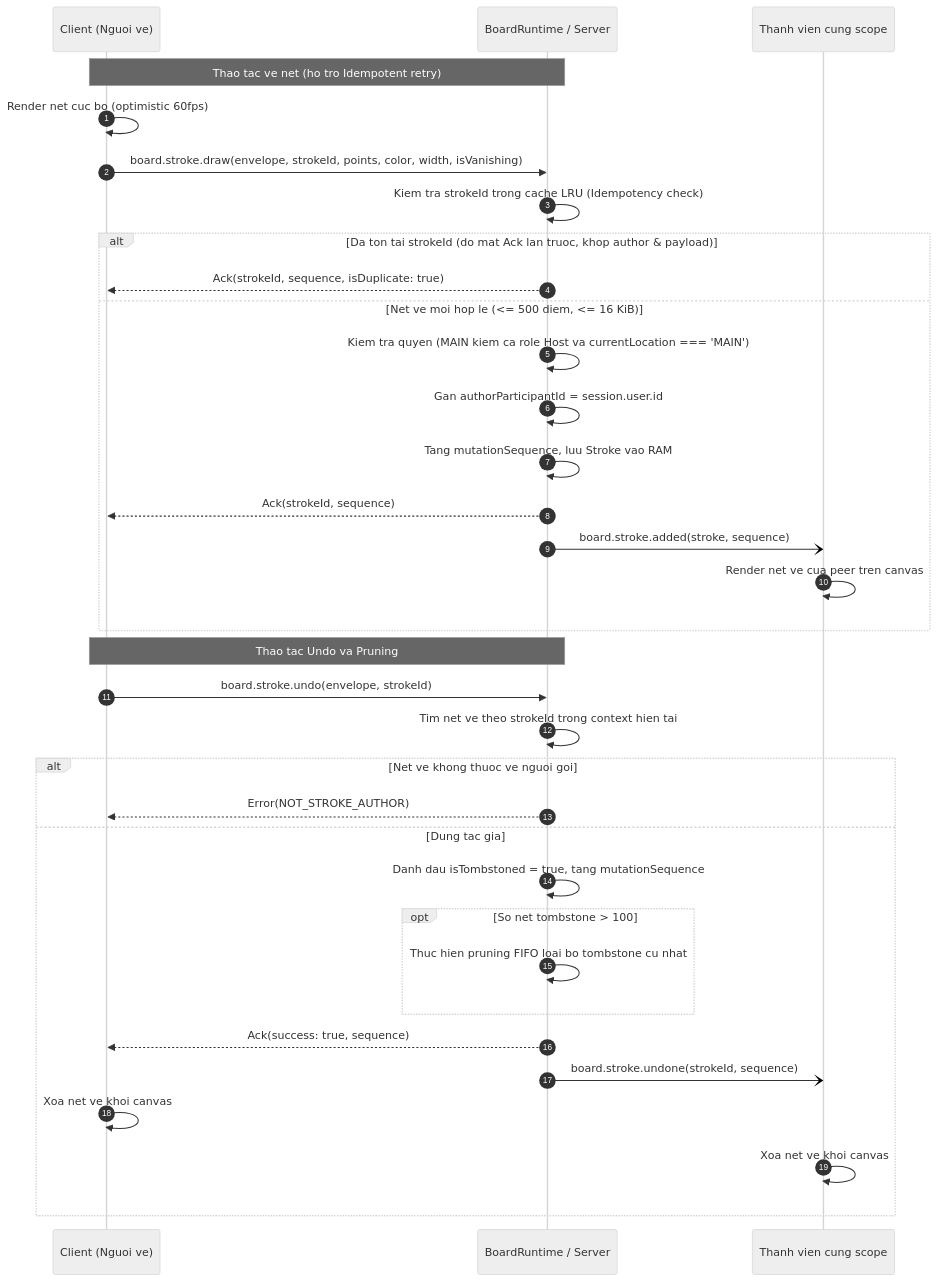
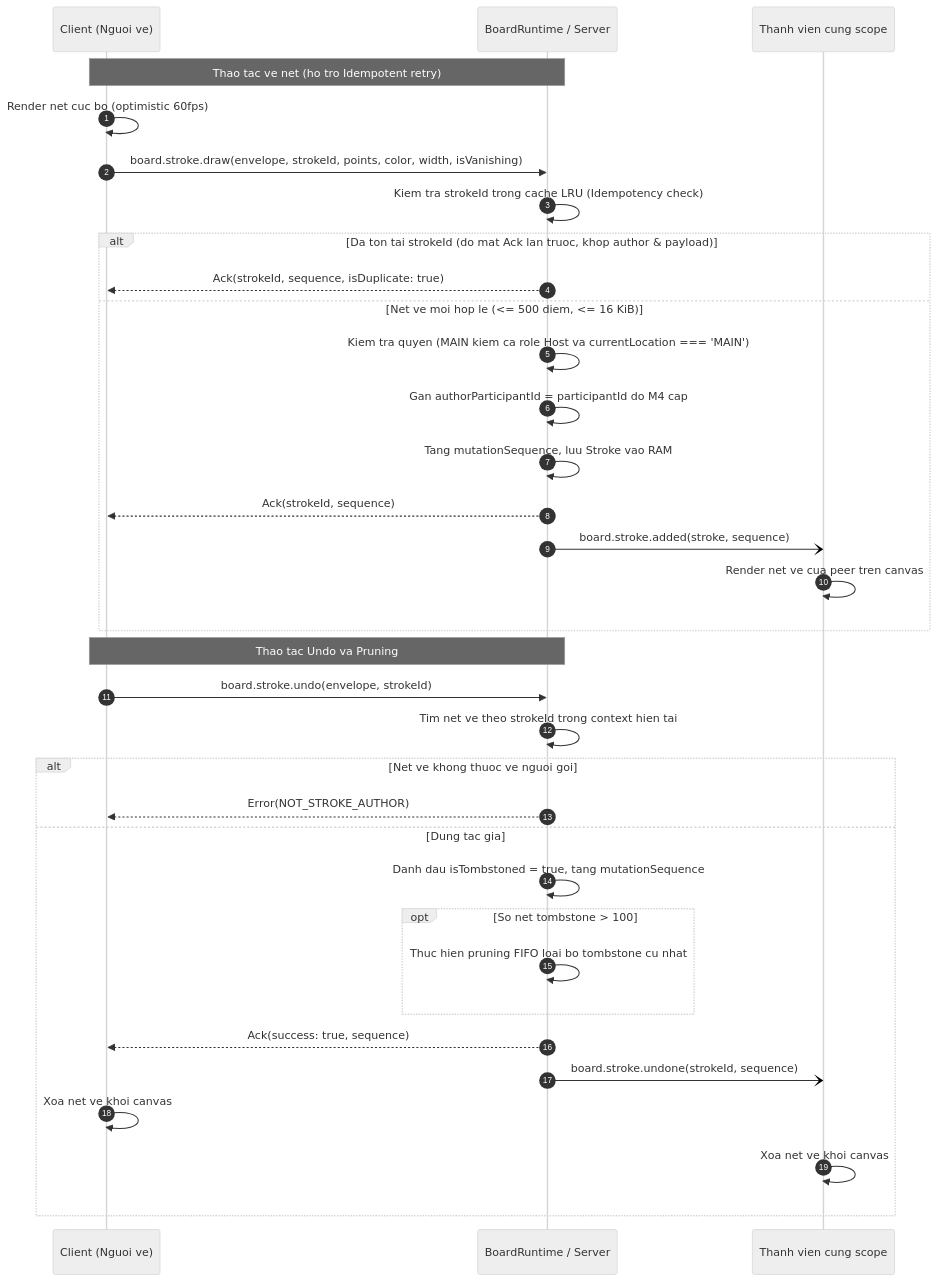
Before and after one commit to Lightning1507/CoLearnia: the seventh of 12 diagrams in docs/proposals/m5-board.md, drawn with Mermaid (neutral theme). The commit also changed other lines of this file and 5 other files, not shown here.

````diff
--- a/docs/proposals/m5-board.md
+++ b/docs/proposals/m5-board.md
@@ -610,38 +625,38 @@
 ```mermaid
 sequenceDiagram
   autonumber
   participant C as Client (Nguoi ve)
   participant S as BoardRuntime / Server
   participant P as Thanh vien cung scope
 
   Note over C,S: Thao tac ve net (ho tro Idempotent retry)
   C->>C: Render net cuc bo (optimistic 60fps)
   C->>S: board.stroke.draw(envelope, strokeId, points, color, width, isVanishing)
   S->>S: Kiem tra strokeId trong cache LRU (Idempotency check)
   alt Da ton tai strokeId (do mat Ack lan truoc, khop author & payload)
     S-->>C: Ack(strokeId, sequence, isDuplicate: true)
   else Net ve moi hop le (<= 500 diem, <= 16 KiB)
     S->>S: Kiem tra quyen (MAIN kiem ca role Host va currentLocation === 'MAIN')
-    S->>S: Gan authorParticipantId = session.user.id
+    S->>S: Gan authorParticipantId = participantId do M4 cap
     S->>S: Tang mutationSequence, luu Stroke vao RAM
     S-->>C: Ack(strokeId, sequence)
     S-)P: board.stroke.added(stroke, sequence)
     P->>P: Render net ve cua peer tren canvas
   end
 
   Note over C,S: Thao tac Undo va Pruning
   C->>S: board.stroke.undo(envelope, strokeId)
   S->>S: Tim net ve theo strokeId trong context hien tai
   alt Net ve khong thuoc ve nguoi goi
     S-->>C: Error(NOT_STROKE_AUTHOR)
   else Dung tac gia
     S->>S: Danh dau isTombstoned = true, tang mutationSequence
     opt So net tombstone > 100
       S->>S: Thuc hien pruning FIFO loai bo tombstone cu nhat
     end
     S-->>C: Ack(success: true, sequence)
     S-)P: board.stroke.undone(strokeId, sequence)
     C->>C: Xoa net ve khoi canvas
     P->>P: Xoa net ve khoi canvas
   end
 ```
````
